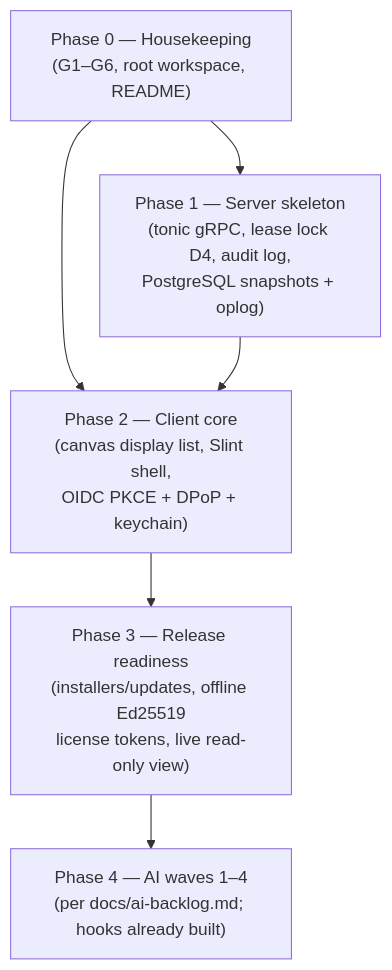
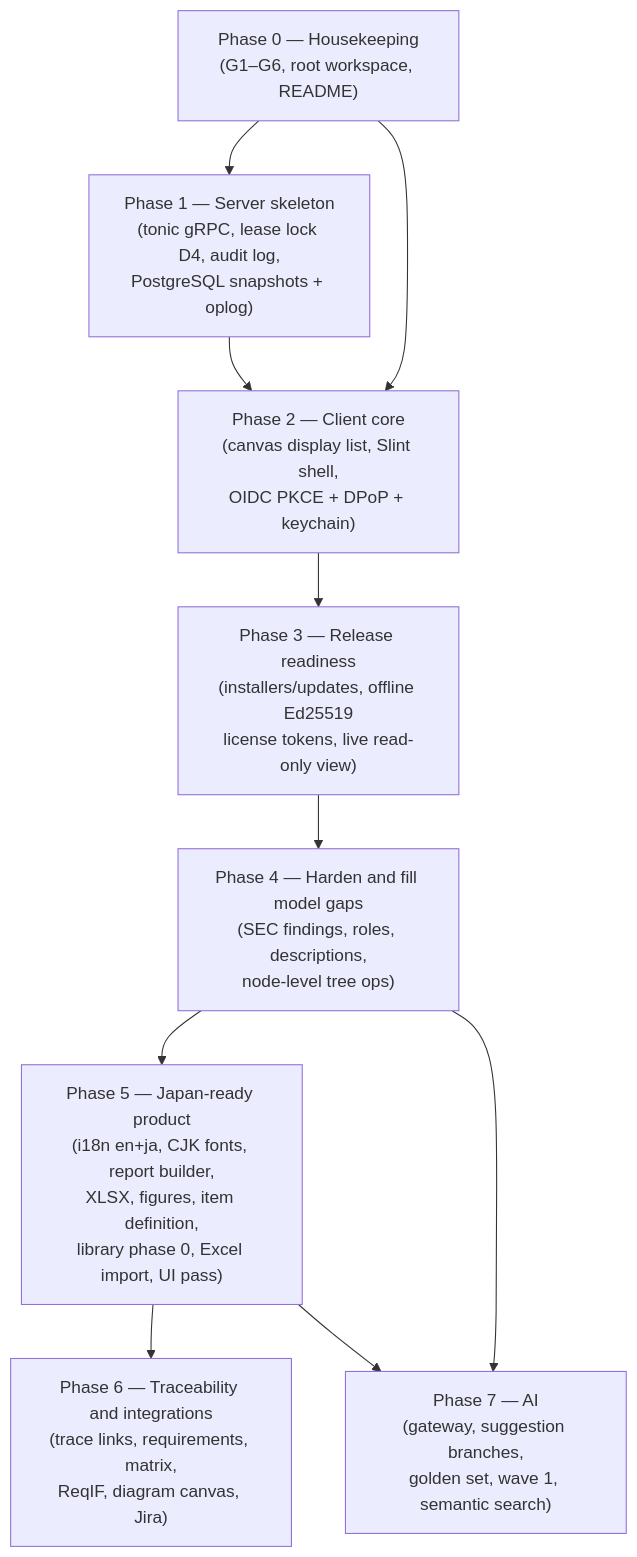
Before and after one commit to eNipu/AegisTARA: the diagram in docs/status-and-roadmap.md, drawn with Mermaid. The commit also changed other lines of this file and 8 other files, not shown here.

First line of the commit message:
Add v2 brainstorm, requirements, decisions D12-D19 and backlog

````diff
--- a/docs/status-and-roadmap.md
+++ b/docs/status-and-roadmap.md
@@ -121,13 +121,20 @@
 ```mermaid
 flowchart TD
     P0["Phase 0 — Housekeeping<br/>(G1–G6, root workspace, README)"]
     P1["Phase 1 — Server skeleton<br/>(tonic gRPC, lease lock D4, audit log,<br/>PostgreSQL snapshots + oplog)"]
     P2["Phase 2 — Client core<br/>(canvas display list, Slint shell,<br/>OIDC PKCE + DPoP + keychain)"]
     P3["Phase 3 — Release readiness<br/>(installers/updates, offline Ed25519<br/>license tokens, live read-only view)"]
-    P4["Phase 4 — AI waves 1–4<br/>(per docs/ai-backlog.md; hooks already built)"]
+    P4["Phase 4 — Harden and fill model gaps<br/>(SEC findings, roles, descriptions,<br/>node-level tree ops)"]
+    P5["Phase 5 — Japan-ready product<br/>(i18n en+ja, CJK fonts, report builder,<br/>XLSX, figures, item definition,<br/>library phase 0, Excel import, UI pass)"]
+    P6["Phase 6 — Traceability and integrations<br/>(trace links, requirements, matrix,<br/>ReqIF, diagram canvas, Jira)"]
+    P7["Phase 7 — AI<br/>(gateway, suggestion branches,<br/>golden set, wave 1, semantic search)"]
     P0 --> P1
     P0 --> P2
     P1 --> P2
     P2 --> P3
     P3 --> P4
+    P4 --> P5
+    P5 --> P6
+    P4 --> P7
+    P5 --> P7
 ```
````
